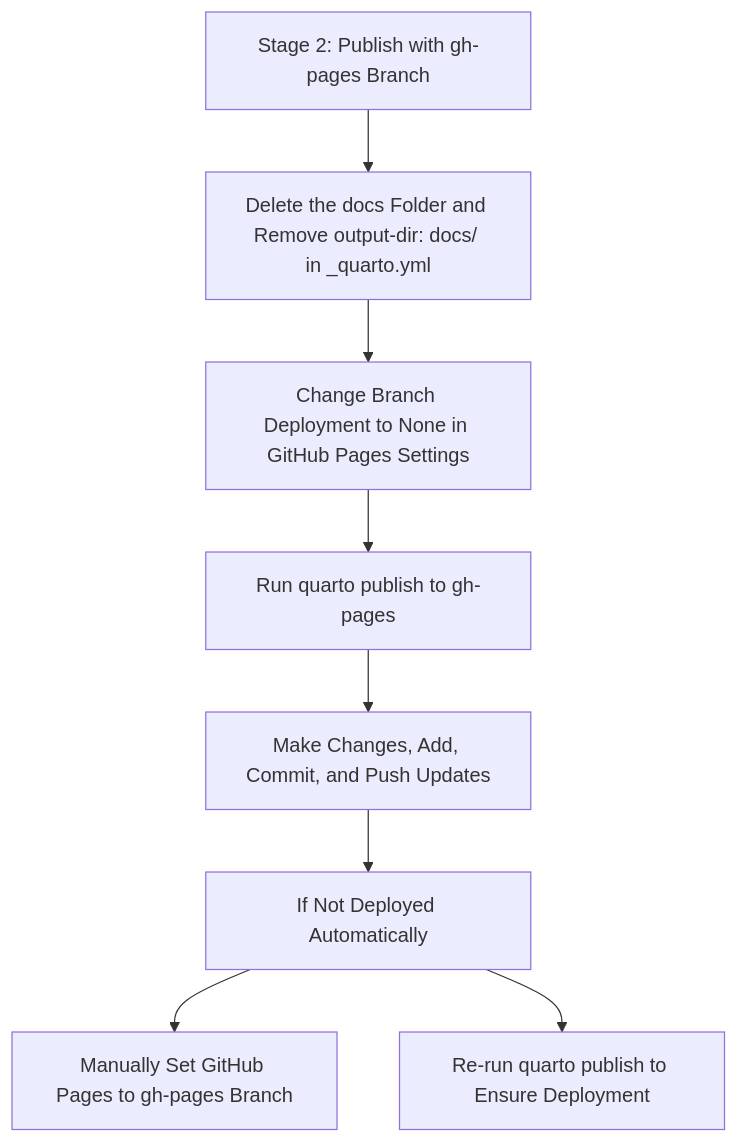
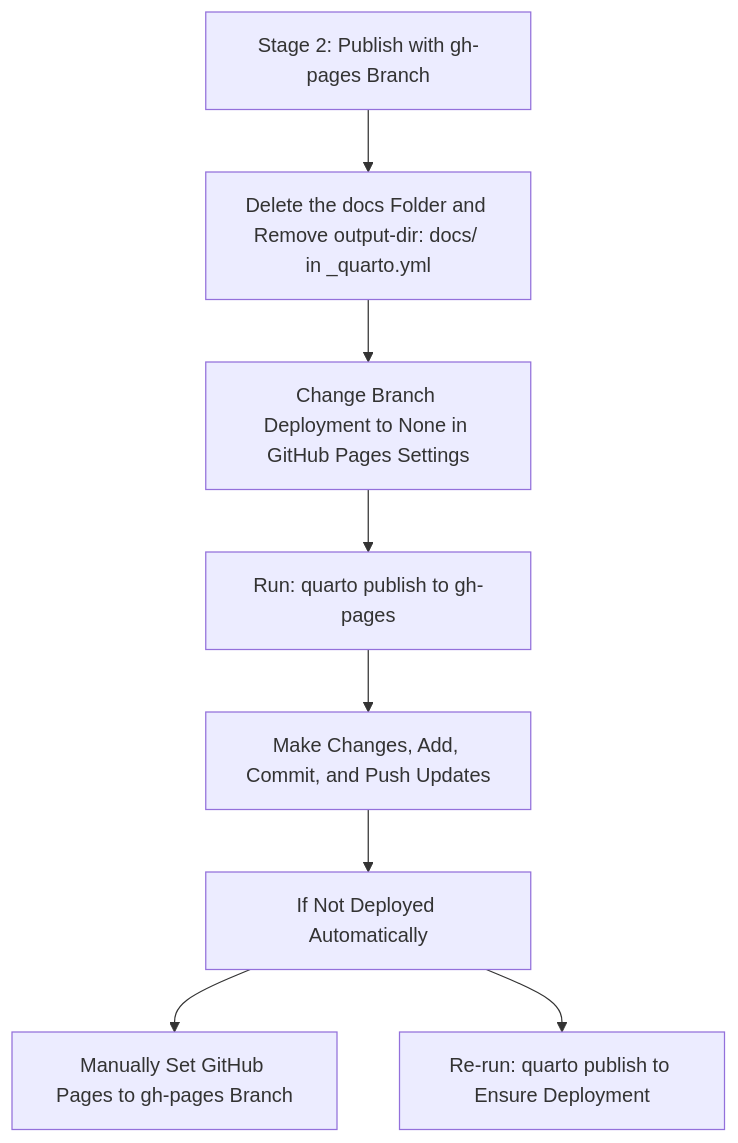
One commit to andytai7/DSCI521_website-test changed the second of 2 diagrams in about.qmd. Above: the diagram before and after it, drawn with Mermaid. The commit also changed other lines of this file and 3 other files, not shown here.

````diff
--- a/about.qmd
+++ b/about.qmd
@@ -31,12 +31,13 @@
 ```{mermaid}
 flowchart TD
     P[Stage 2: Publish with gh-pages Branch]
     P --> Q[Delete the docs Folder and Remove output-dir: docs/ in _quarto.yml]
     Q --> R[Change Branch Deployment to None in GitHub Pages Settings]
-    R --> S[Run quarto publish to gh-pages]
+    R --> S[Run: quarto publish to gh-pages]
     S --> T[Make Changes, Add, Commit, and Push Updates]
     T --> U[If Not Deployed Automatically]
     U --> V[Manually Set GitHub Pages to gh-pages Branch]
-    U --> W[Re-run quarto publish to Ensure Deployment]
+    U --> W[Re-run: quarto publish to Ensure Deployment]
+
 
 ```
````
